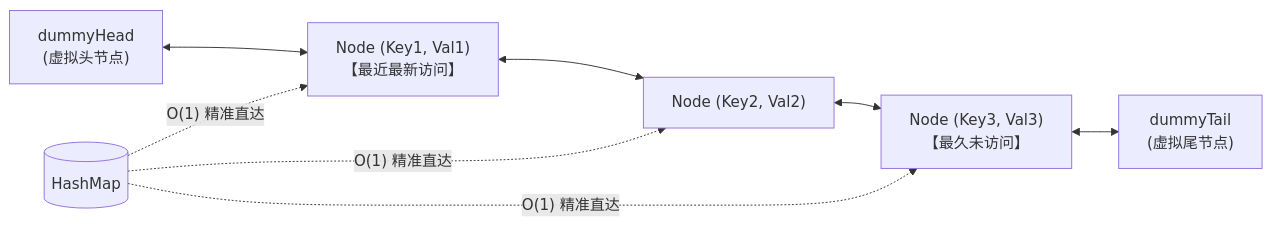
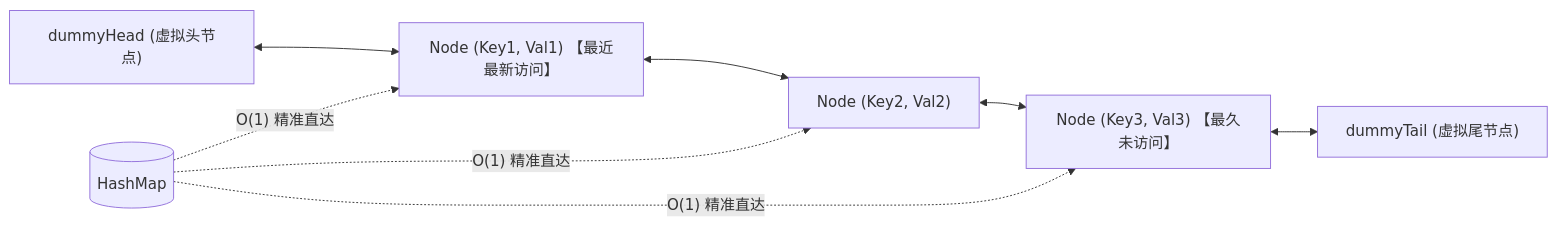
One commit to GuoWWWX/knowledge-base changed the diagram in 30-算法与数据结构/03-刷题记录/14-LC0146-LRU缓存.md. Above: the diagram before and after it, drawn with Mermaid. The commit also changed 251 other files, not shown here.

````diff
--- a/30-算法与数据结构/03-刷题记录/14-LC0146-LRU缓存.md
+++ b/30-算法与数据结构/03-刷题记录/14-LC0146-LRU缓存.md
@@ -44,11 +44,11 @@
 ```mermaid
 flowchart LR
-    dummyHead["dummyHead<br/>(虚拟头节点)"] <--> Node1["Node (Key1, Val1)<br/>【最近最新访问】"]
+    dummyHead["dummyHead (虚拟头节点)"] <--> Node1["Node (Key1, Val1) 【最近最新访问】"]
     Node1 <--> Node2["Node (Key2, Val2)"]
-    Node2 <--> Node3["Node (Key3, Val3)<br/>【最久未访问】"]
-    Node3 <--> dummyTail["dummyTail<br/>(虚拟尾节点)"]
+    Node2 <--> Node3["Node (Key3, Val3) 【最久未访问】"]
+    Node3 <--> dummyTail["dummyTail (虚拟尾节点)"]
 
     Map[("HashMap<Integer, Node>")] -.->|"O(1) 精准直达"| Node1
     Map -.->|"O(1) 精准直达"| Node2
     Map -.->|"O(1) 精准直达"| Node3
 ```
````
